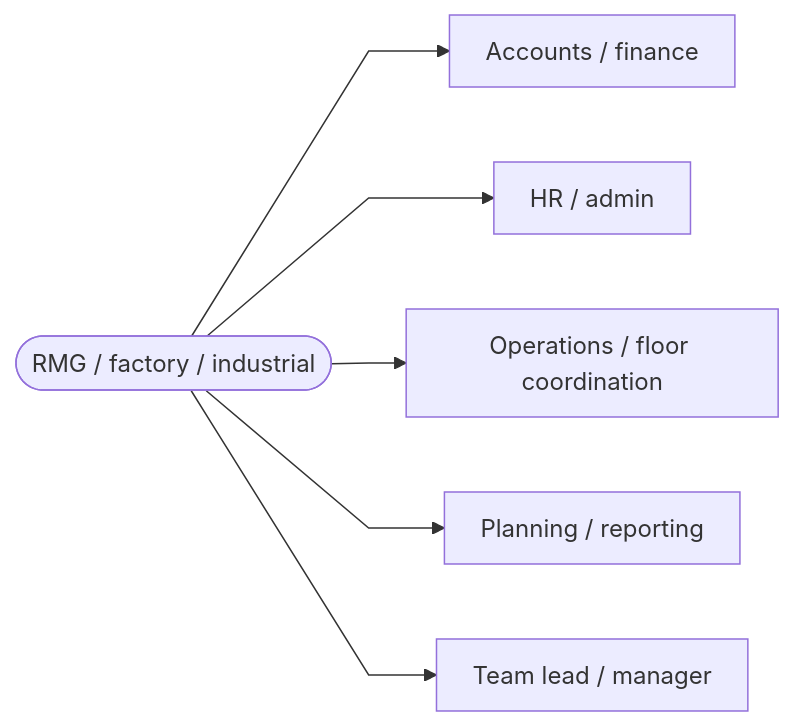
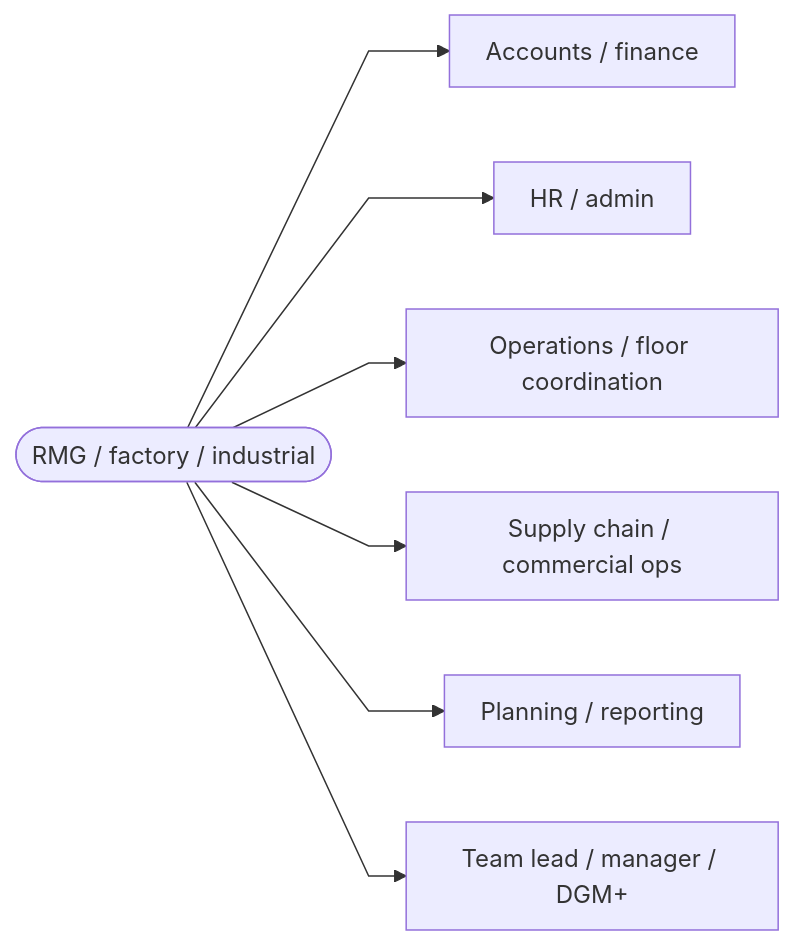
One commit to shmukit/10MS_AI-GG changed the diagram in docs/decision-tree-charts/02-roles-rmg.mmd. Above: the diagram before and after it, drawn with Mermaid. The commit also changed 32 other files, not shown here.

```diff
--- a/docs/decision-tree-charts/02-roles-rmg.mmd
+++ b/docs/decision-tree-charts/02-roles-rmg.mmd
@@ -1,8 +1,9 @@
 %%{init: {"flowchart": {"curve": "linear", "padding": 12}} }%%
 flowchart LR
   hub_rmg(["RMG / factory / industrial"])
   hub_rmg --> rmg_r0["Accounts / finance"]
   hub_rmg --> rmg_r1["HR / admin"]
   hub_rmg --> rmg_r2["Operations / floor coordination"]
-  hub_rmg --> rmg_r3["Planning / reporting"]
-  hub_rmg --> rmg_r4["Team lead / manager"]
+  hub_rmg --> rmg_r3["Supply chain / commercial ops"]
+  hub_rmg --> rmg_r4["Planning / reporting"]
+  hub_rmg --> rmg_r5["Team lead / manager / DGM+"]
```
